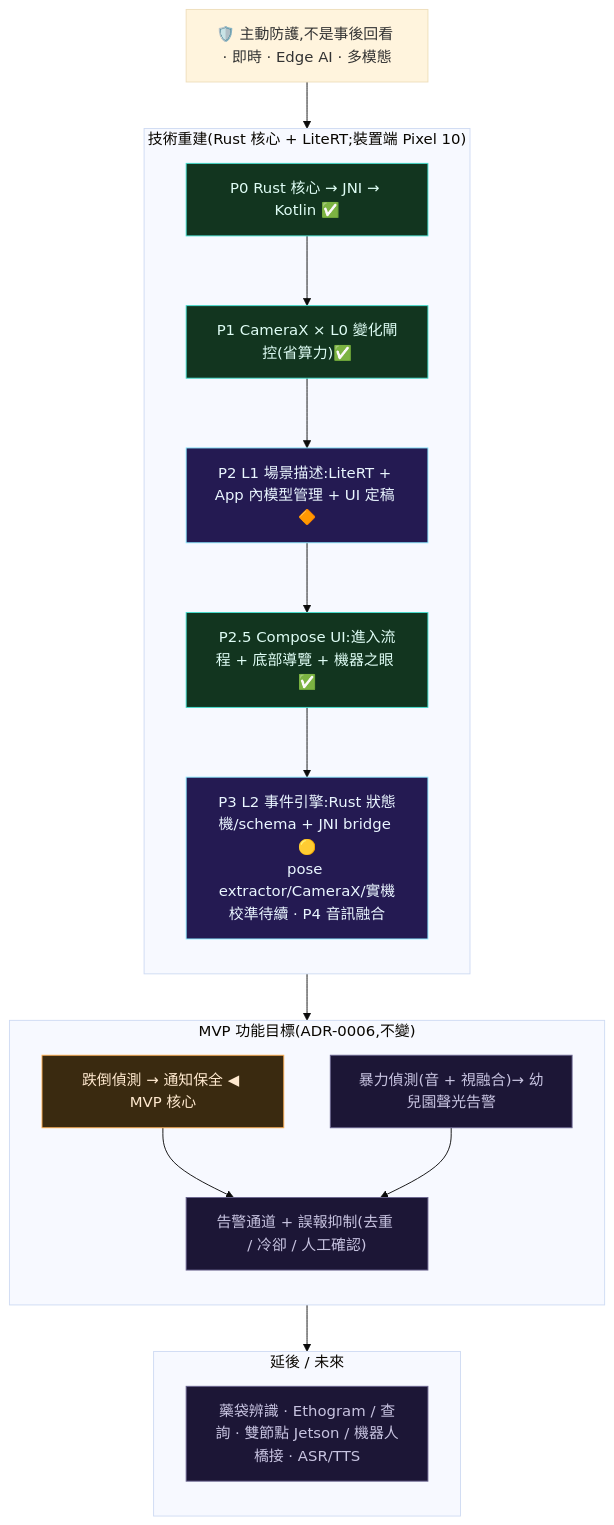
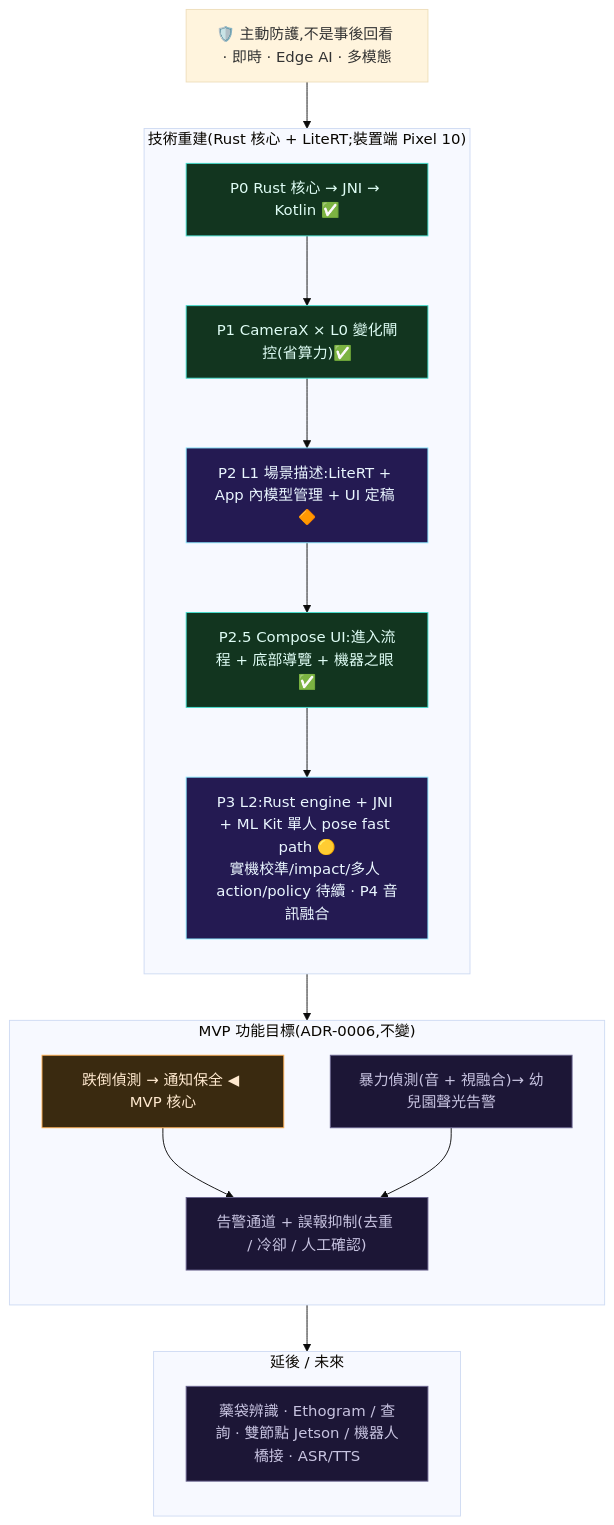
The first of 4 diagrams in README.md (TingFengChou/claustrum), drawn with Mermaid (base theme) before and after one commit. The commit also changed other lines of this file and 15 other files, not shown here.

First line of the commit message:
feat(events): 接通 ML Kit 單人 pose fast path (#35)

````diff
--- a/README.md
+++ b/README.md
@@ -74,39 +76,39 @@
 ```mermaid
 flowchart TD
   T["🛡️ 主動防護,不是事後回看 · 即時 · Edge AI · 多模態"]
 
   subgraph TECH["技術重建(Rust 核心 + LiteRT;裝置端 Pixel 10)"]
     direction TB
     P0["P0 Rust 核心 → JNI → Kotlin ✅"]
     P1["P1 CameraX × L0 變化閘控(省算力)✅"]
     P2["P2 L1 場景描述:LiteRT + App 內模型管理 + UI 定稿 🔶"]
     P25["P2.5 Compose UI:進入流程 + 底部導覽 + 機器之眼 ✅"]
-    P3T["P3 L2 事件引擎:Rust 狀態機/schema + JNI bridge 🟡<br/>pose extractor/CameraX/實機校準待續 · P4 音訊融合"]
+    P3T["P3 L2:Rust engine + JNI + ML Kit 單人 pose fast path 🟡<br/>實機校準/impact/多人 action/policy 待續 · P4 音訊融合"]
     P0 --> P1 --> P2 --> P25 --> P3T
   end
 
   subgraph MVP["MVP 功能目標(ADR-0006,不變)"]
     direction TB
     B["跌倒偵測 → 通知保全 ◀ MVP 核心"]
     C["暴力偵測(音 + 視融合)→ 幼兒園聲光告警"]
     D["告警通道 + 誤報抑制(去重 / 冷卻 / 人工確認)"]
     B --> D
     C --> D
   end
 
   subgraph LATER["延後 / 未來"]
     direction TB
     F["藥袋辨識 · Ethogram / 查詢 · 雙節點 Jetson / 機器人橋接 · ASR/TTS"]
   end
 
   T --> TECH --> MVP --> LATER
 
   classDef done fill:#12351f,stroke:#43e0d0,color:#dffdf5;
   classDef now fill:#241a52,stroke:#8be9ff,color:#eaf6ff;
   classDef next fill:#3a2a10,stroke:#ffb054,color:#ffe9cf;
   classDef future fill:#1c1636,stroke:#6b6690,color:#c7c3e0;
   class P0,P1,P25 done;
   class P2,P3T now;
   class B next;
   class C,D,F future;
 ```
````
